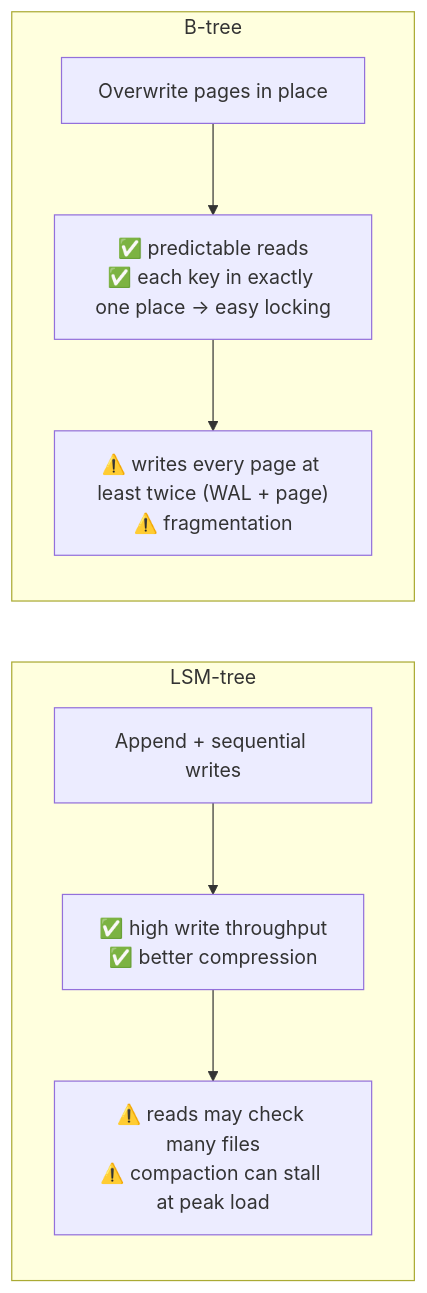
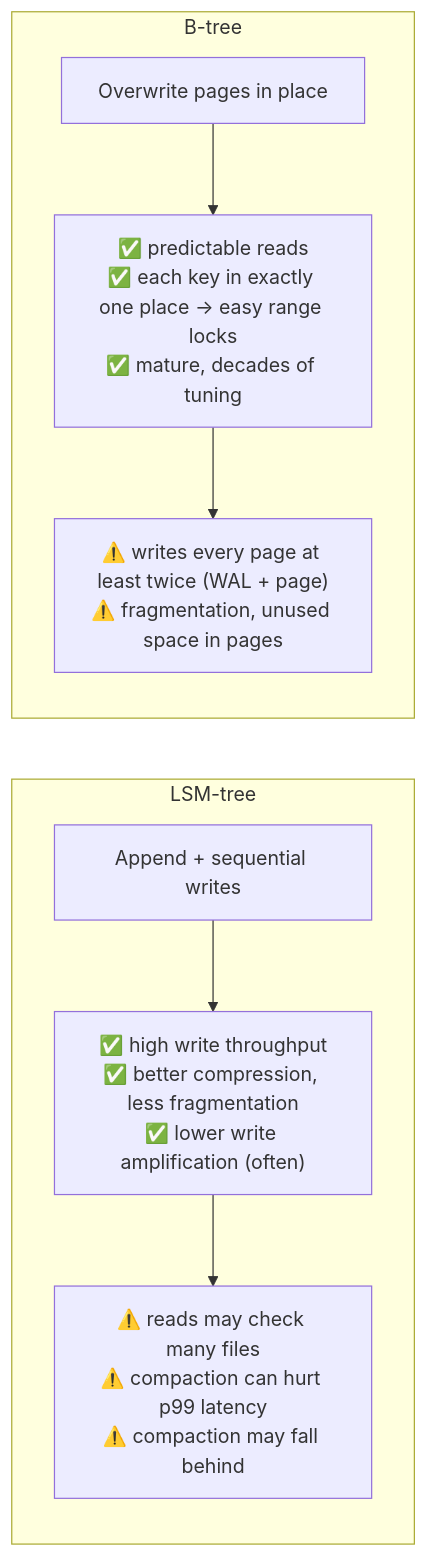
Before and after one commit to pratikguru998/ddia-book: diagram 11 of 20 in docs/chapters/part-1/03-storage-retrieval.mdx, drawn with Mermaid. The commit also changed other lines of this file and 13 other files, not shown here.

Commit message:
Expand all 12 chapters: every book subsection, deeper notes, ~320 diagrams

````diff
--- a/docs/chapters/part-1/03-storage-retrieval.mdx
+++ b/docs/chapters/part-1/03-storage-retrieval.mdx
@@ -126,13 +355,13 @@
 ```mermaid
 flowchart LR
   subgraph LSM["LSM-tree"]
     direction TB
-    L1["Append + sequential writes"] --> L2["✅ high write throughput<br/>✅ better compression"]
-    L2 --> L3["⚠️ reads may check many files<br/>⚠️ compaction can stall at peak load"]
+    L1["Append + sequential writes"] --> L2["✅ high write throughput<br/>✅ better compression, less fragmentation<br/>✅ lower write amplification (often)"]
+    L2 --> L3["⚠️ reads may check many files<br/>⚠️ compaction can hurt p99 latency<br/>⚠️ compaction may fall behind"]
   end
   subgraph BT["B-tree"]
     direction TB
-    B1["Overwrite pages in place"] --> B2["✅ predictable reads<br/>✅ each key in exactly one place → easy locking"]
-    B2 --> B3["⚠️ writes every page at least twice (WAL + page)<br/>⚠️ fragmentation"]
+    B1["Overwrite pages in place"] --> B2["✅ predictable reads<br/>✅ each key in exactly one place → easy range locks<br/>✅ mature, decades of tuning"]
+    B2 --> B3["⚠️ writes every page at least twice (WAL + page)<br/>⚠️ fragmentation, unused space in pages"]
   end
 ```
````
